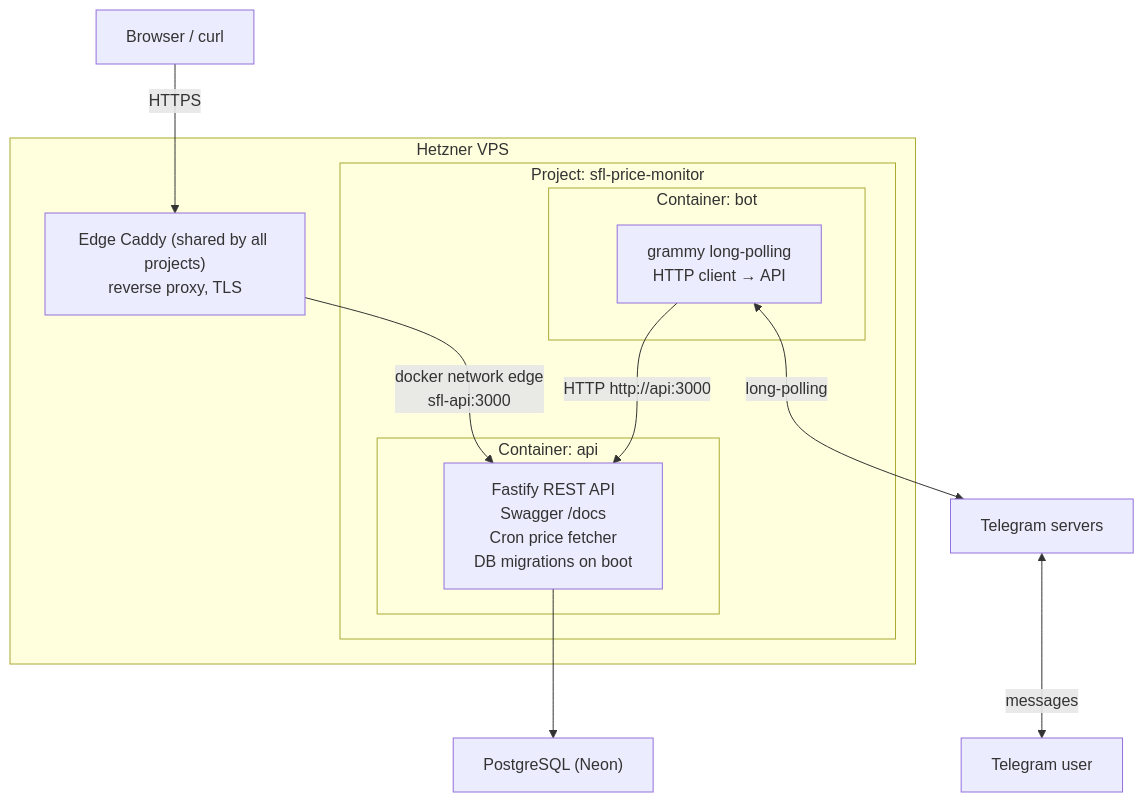
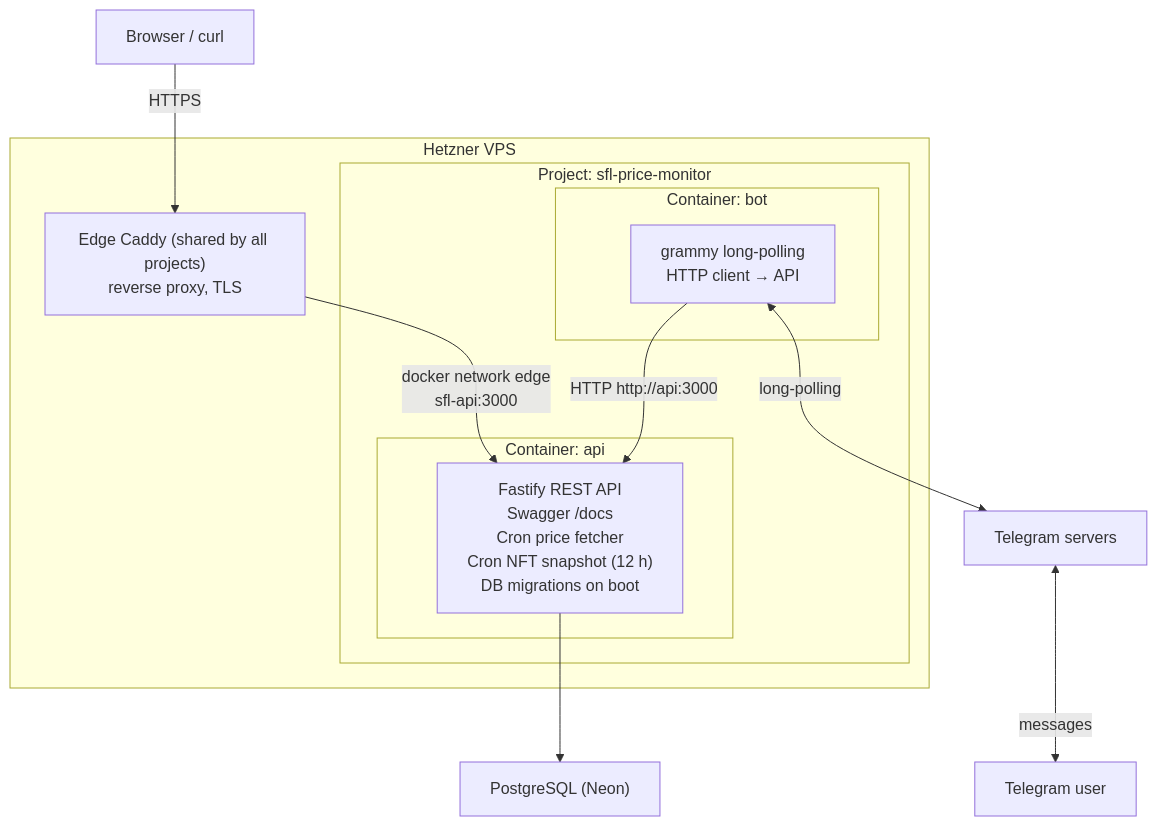
The diagram in README.MD (xcyde/sfl-price-monitor), drawn with Mermaid before and after one commit. The commit also changed other lines of this file and 14 other files, not shown here.

````diff
--- a/README.MD
+++ b/README.MD
@@ -40,21 +40,21 @@
 ```mermaid
 graph TD
     subgraph VM["Hetzner VPS"]
         Caddy["Edge Caddy (shared by all projects)\nreverse proxy, TLS"]
         subgraph project["Project: sfl-price-monitor"]
             subgraph api-container["Container: api"]
-                API["Fastify REST API\nSwagger /docs\nCron price fetcher\nDB migrations on boot"]
+                API["Fastify REST API\nSwagger /docs\nCron price fetcher\nCron NFT snapshot (12 h)\nDB migrations on boot"]
             end
             subgraph bot-container["Container: bot"]
                 Bot["grammy long-polling\nHTTP client → API"]
             end
         end
     end
 
     User["Browser / curl"] -->|HTTPS| Caddy
     Caddy -->|"docker network edge\nsfl-api:3000"| API
     Bot -->|"HTTP  http://api:3000"| API
     API --> Postgres["PostgreSQL (Neon)"]
     Bot <-->|long-polling| TG["Telegram servers"]
     TG["Telegram servers"] <-->|messages| TGUser["Telegram user"]
 ```
````
